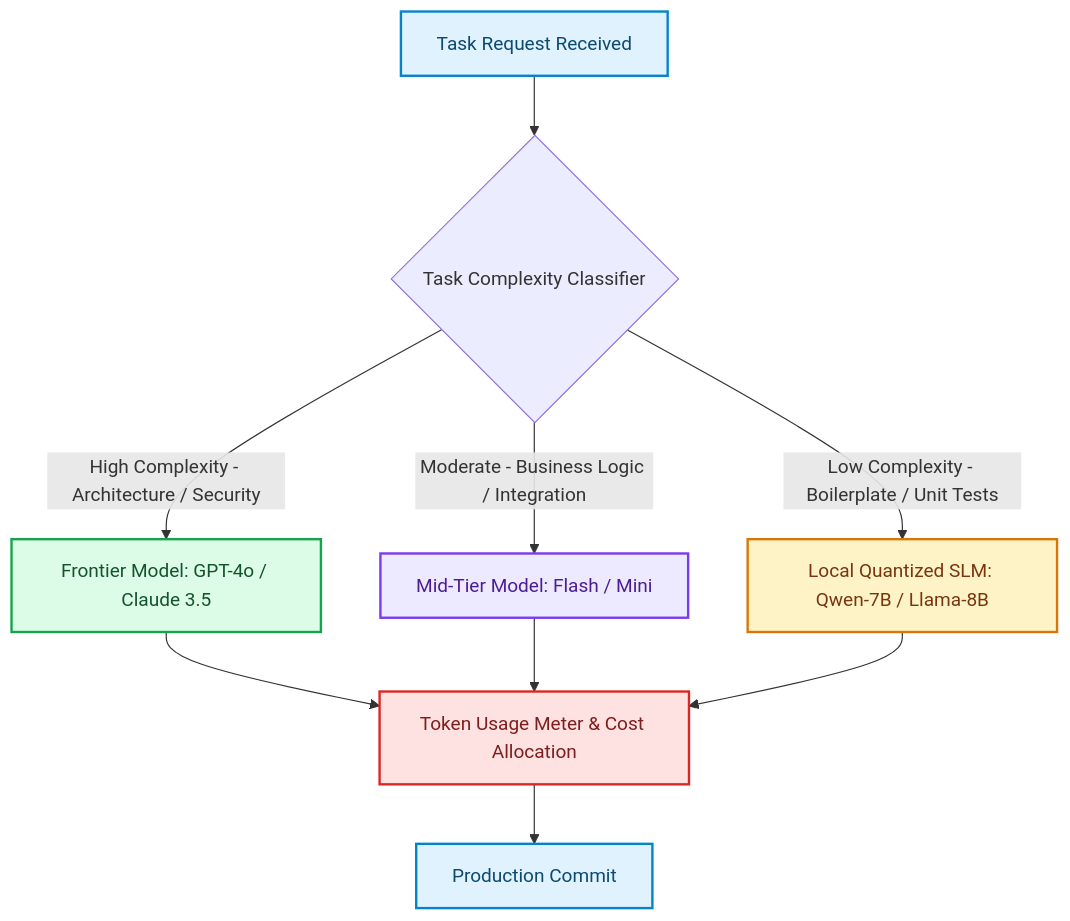
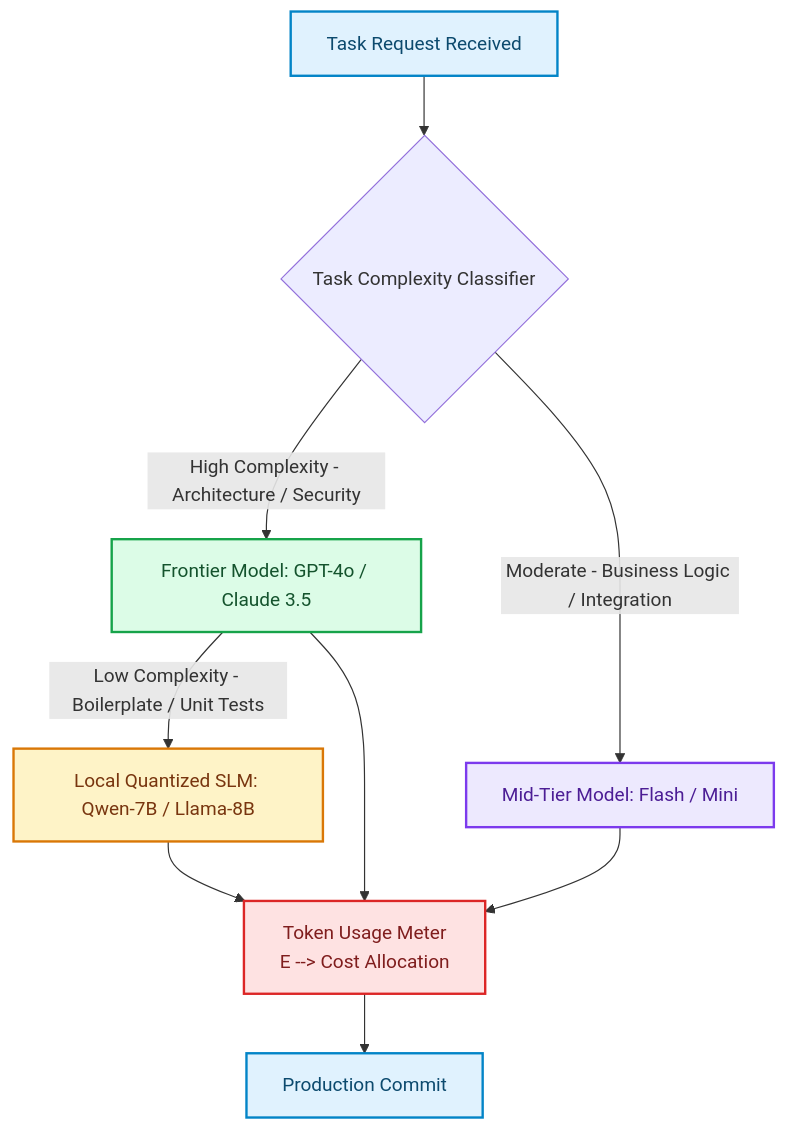
Before and after one commit to akmalkhaniub/akmalkhaniub.github.io: the diagram in blog/posts/tech-lead-ai-token-economics-compute-engineering.md, drawn with Mermaid. The commit also changed other lines of this file and 894 other files, not shown here.

Commit message:
feat(blog): upgrade all 444 posts with unique staggered dates, 2-col Mermaid spines, benchmark tables, code blocks, and trade-offs

````diff
--- a/blog/posts/tech-lead-ai-token-economics-compute-engineering.md
+++ b/blog/posts/tech-lead-ai-token-economics-compute-engineering.md
@@ -15,23 +15,24 @@
 ```mermaid
 flowchart TD
   A["Task Request Received"] --> B{Task Complexity Classifier}
   B -->|High Complexity - Architecture / Security| C["Frontier Model: GPT-4o / Claude 3.5"]
   B -->|Moderate - Business Logic / Integration| D["Mid-Tier Model: Flash / Mini"]
-  B -->|Low Complexity - Boilerplate / Unit Tests| E["Local Quantized SLM: Qwen-7B / Llama-8B"]
+  C --> |Low Complexity - Boilerplate / Unit Tests| E["Local Quantized SLM: Qwen-7B / Llama-8B"]
   
-  C --> F["Token Usage Meter & Cost Allocation"]
+  C --> F["Token Usage Meter
+  E --> Cost Allocation"]
   D --> F
   E --> F
   F --> G["Production Commit"]
 
 classDef green fill:#dcfce7,stroke:#16a34a,stroke-width:2px,color:#14532d;
 classDef red fill:#fee2e2,stroke:#dc2626,stroke-width:2px,color:#7f1d1d;
 classDef blue fill:#e0f2fe,stroke:#0284c7,stroke-width:2px,color:#0c4a6e;
 classDef yellow fill:#fef3c7,stroke:#d97706,stroke-width:2px,color:#78350f;
 classDef purple fill:#ede9fe,stroke:#7c3aed,stroke-width:2px,color:#4c1d95;
 class A,G blue
 class C green
 class D purple
 class E yellow
 class F red
 ```
````
